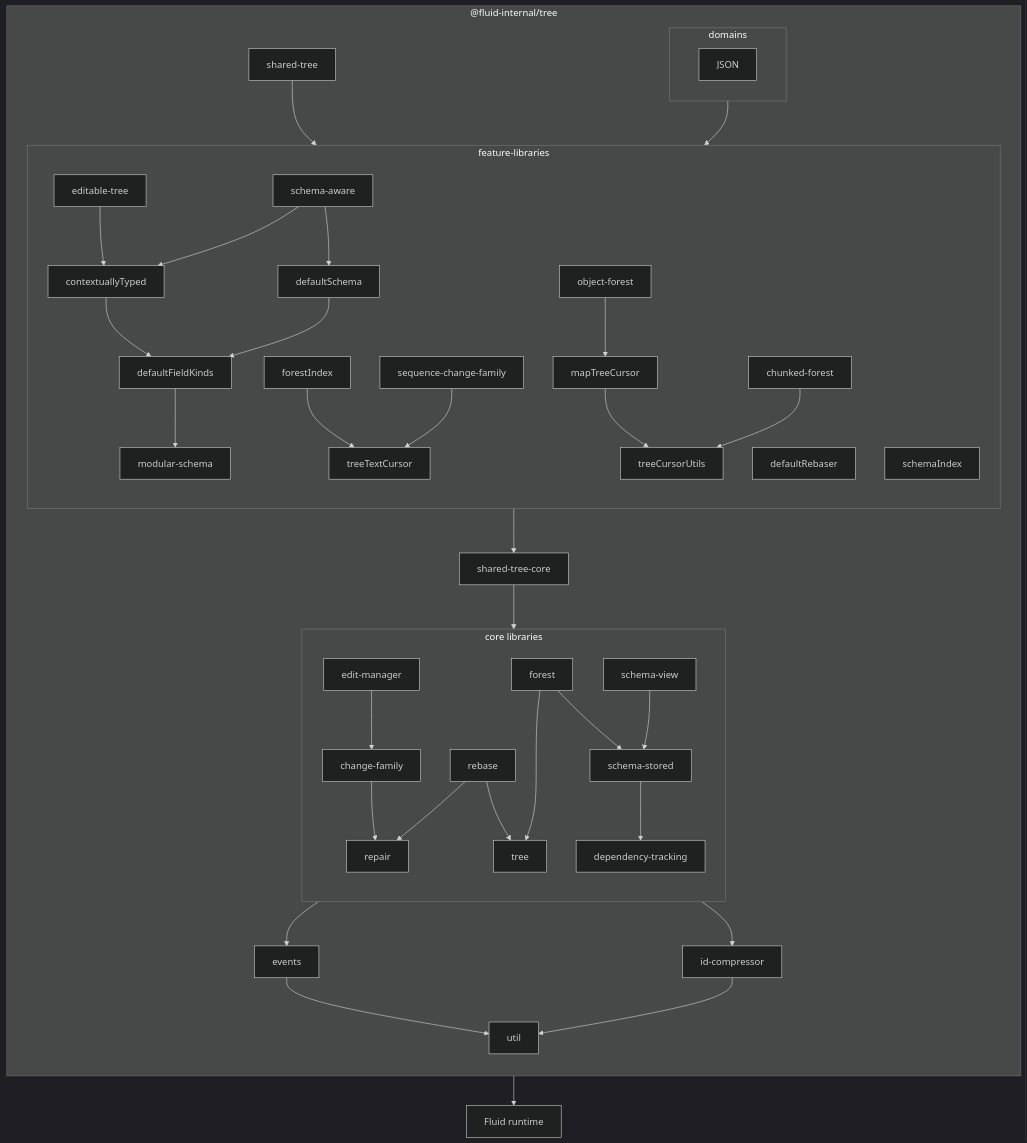
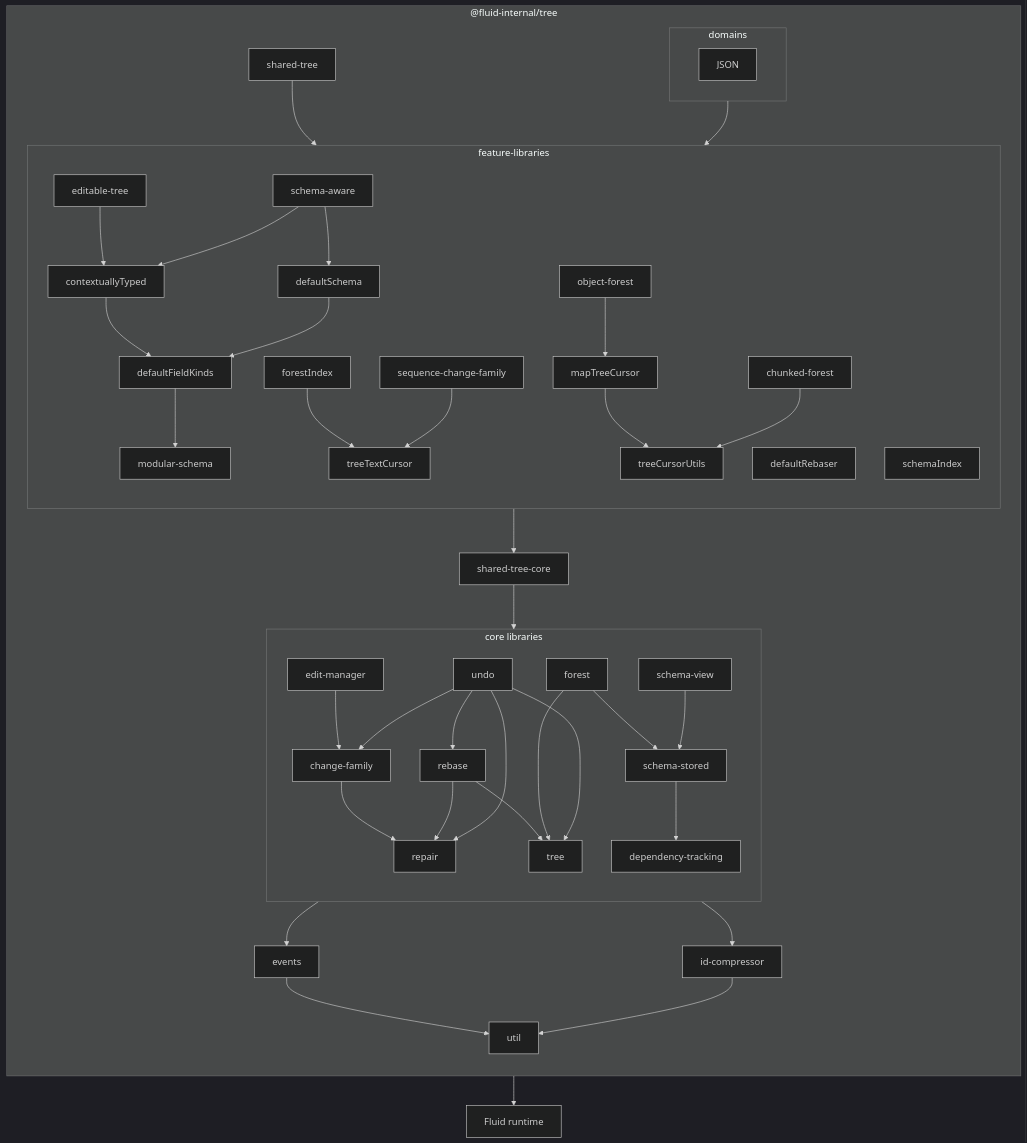
The sixth of 6 diagrams in packages/dds/tree/README.md (microsoft/FluidFramework), drawn with Mermaid (dark theme) before and after one commit.

Commit message:
Update dependency graph

````diff
--- a/packages/dds/tree/README.md
+++ b/packages/dds/tree/README.md
@@ -298,44 +298,48 @@
 ```mermaid
 flowchart
     direction TB
     subgraph package ["@fluid-internal/tree"]
         direction TB
         subgraph core ["core libraries"]
             direction TB
             forest-->schema-stored
             change-family-->repair
             edit-manager-->change-family
             rebase-->repair
             rebase-->tree
             schema-stored-->dependency-tracking
             schema-view-->schema-stored
             dependency-tracking
             forest-->tree
+            undo-->change-family
+            undo-->rebase
+            undo-->repair
+            undo-->tree
         end
         core-->events-->util
         core-->id-compressor-->util
         feature-->shared-tree-core
         shared-tree-core-->core
         shared-tree-->feature
         subgraph feature ["feature-libraries"]
             direction TB
             editable-tree-->contextuallyTyped
             defaultRebaser
             contextuallyTyped-->defaultFieldKinds
             defaultSchema-->defaultFieldKinds-->modular-schema
             forestIndex-->treeTextCursor
             schema-aware-->defaultSchema
             schema-aware-->contextuallyTyped
             modular-schema
             object-forest-->mapTreeCursor-->treeCursorUtils
             chunked-forest-->treeCursorUtils
             schemaIndex
             sequence-change-family-->treeTextCursor
         end
         subgraph domains
             JSON
         end
         domains-->feature
     end
     package-->runtime["Fluid runtime"]
 ```
````
